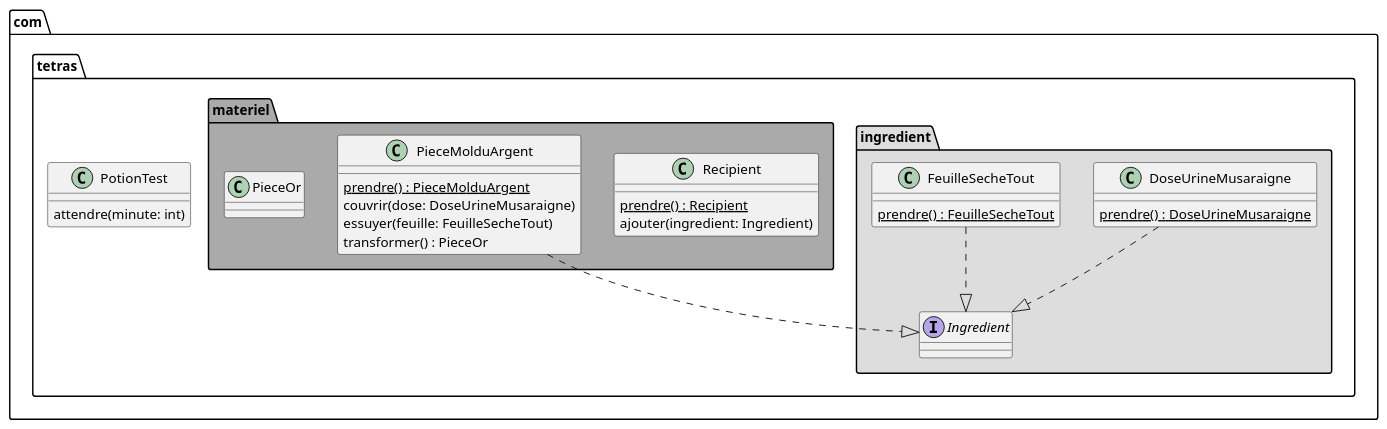
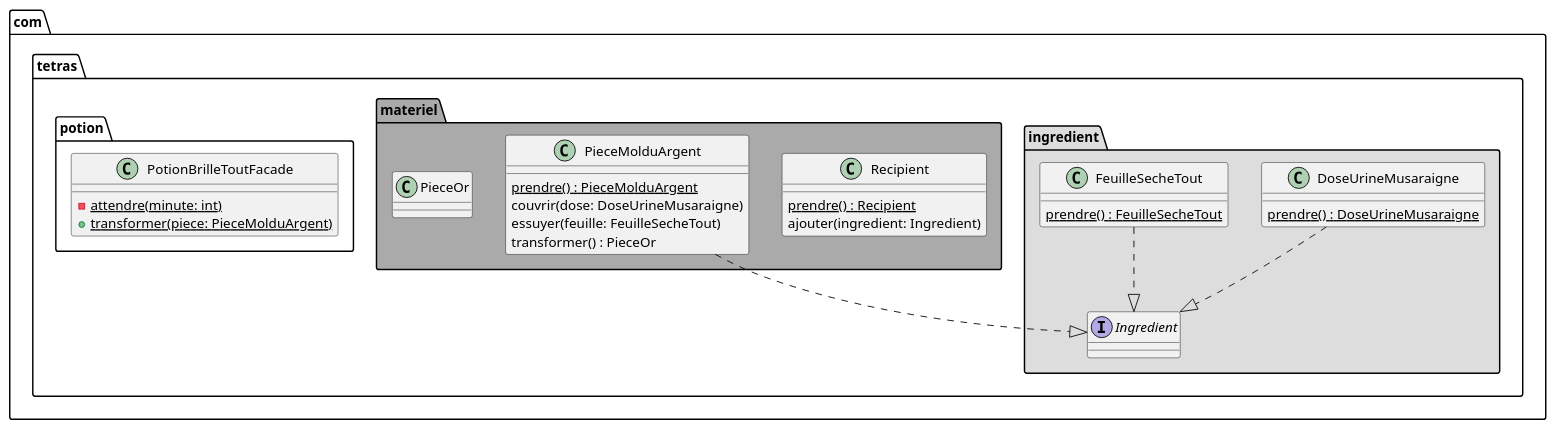
Before and after one commit to jandry/design-pattern: the diagram in src/uml/facade.puml, drawn with PlantUML. The commit also changed 4 other files, not shown here.

```diff
--- a/src/uml/facade.puml
+++ b/src/uml/facade.puml
@@ -1,36 +1,37 @@
 @startuml Facade
 
 package com.tetras.ingredient #DDDDDD {
     interface Ingredient
     class DoseUrineMusaraigne {
         {static} prendre() : DoseUrineMusaraigne
     }
     class FeuilleSecheTout {
         {static} prendre() : FeuilleSecheTout
     }
 }
 
 package com.tetras.materiel #AAAAAA {
     class Recipient {
         {static} prendre() : Recipient
         ajouter(ingredient: Ingredient)
     }
     class PieceMolduArgent {
         {static} prendre() : PieceMolduArgent
         couvrir(dose: DoseUrineMusaraigne)
         essuyer(feuille: FeuilleSecheTout)
         transformer() : PieceOr
     }
     class PieceOr
 }
 
-package com.tetras #FFFFFF {
-    class PotionTest {
-        attendre(minute: int)
+package com.tetras.potion #FFFFFF {
+    class PotionBrilleToutFacade {
+        {static} - attendre(minute: int)
+        {static} + transformer(piece: PieceMolduArgent)
     }
 }
 DoseUrineMusaraigne ..|> Ingredient
 FeuilleSecheTout ..|> Ingredient
 PieceMolduArgent ..|> Ingredient
 
 @enduml
```
